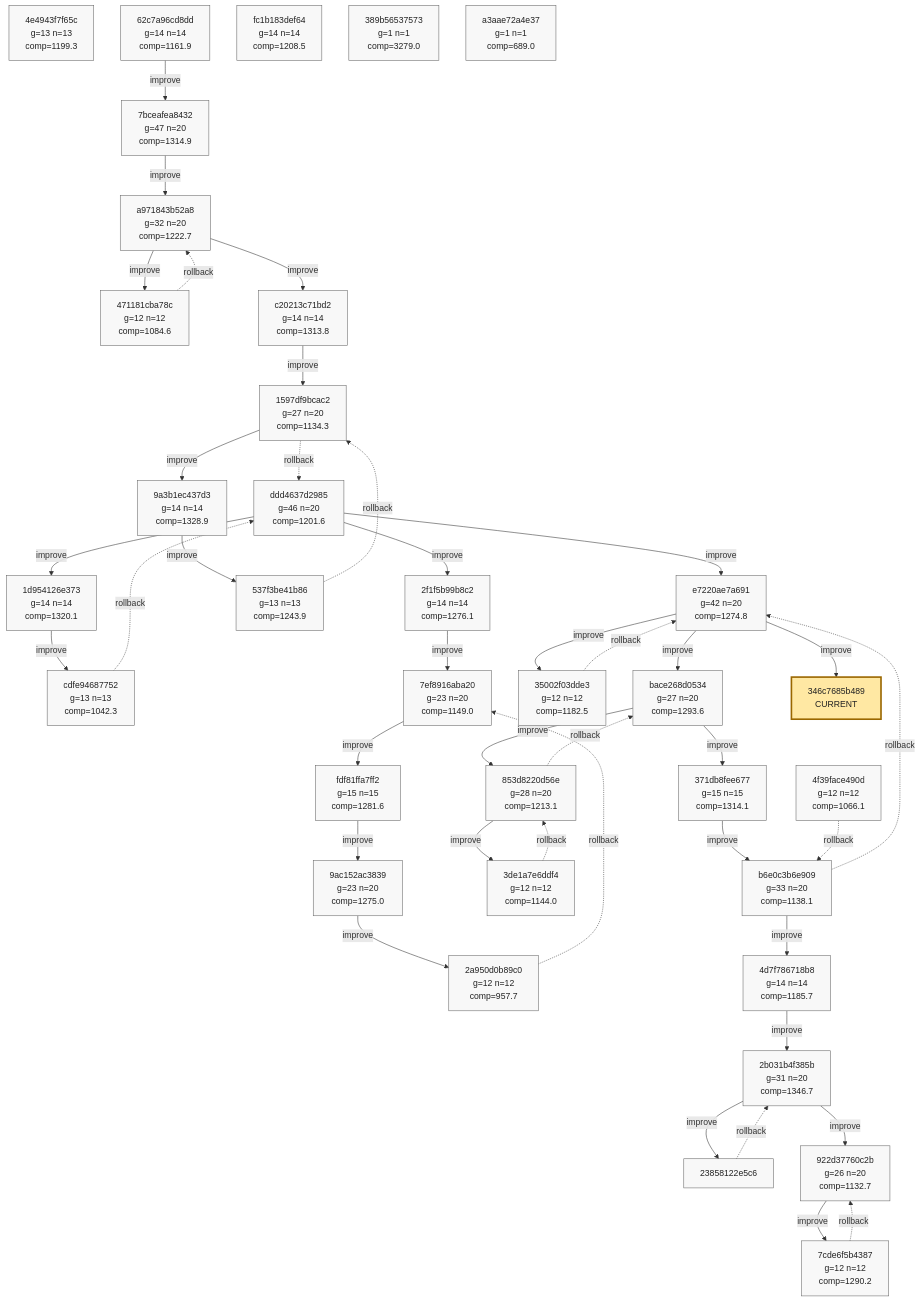
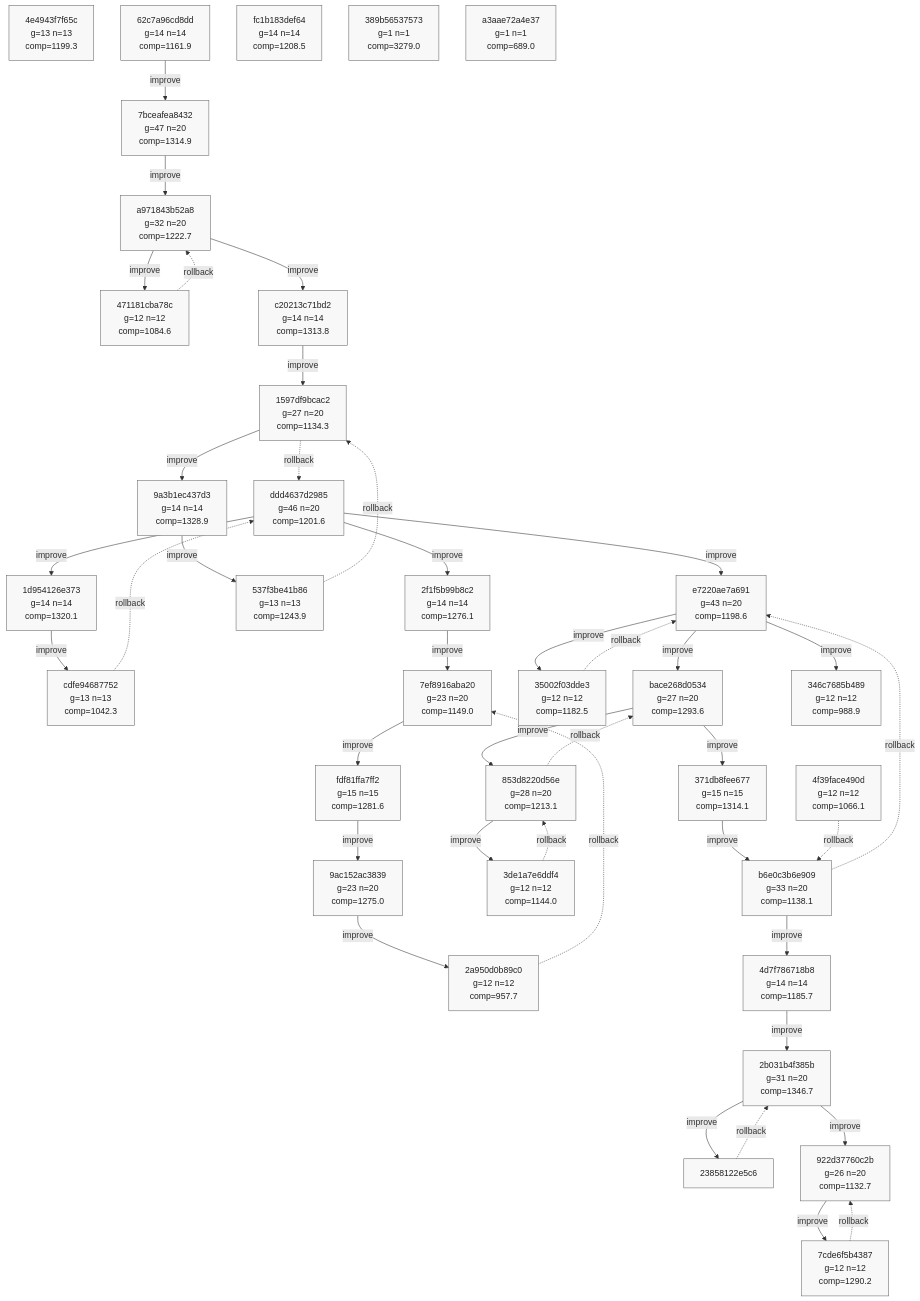
Before and after one commit to azumag/soviet_now: the ninth of 9 diagrams in phyrogenetic-tree.md, drawn with Mermaid. The commit also changed other lines of this file and 2 other files, not shown here.

````diff
--- a/phyrogenetic-tree.md
+++ b/phyrogenetic-tree.md
@@ -2266,7 +2269,7 @@
     h_1597df9bcac2["1597df9bcac2<br/>g=27 n=20<br/>comp=1134.3"]
     h_9a3b1ec437d3["9a3b1ec437d3<br/>g=14 n=14<br/>comp=1328.9"]
     h_537f3be41b86["537f3be41b86<br/>g=13 n=13<br/>comp=1243.9"]
-    h_e7220ae7a691["e7220ae7a691<br/>g=42 n=20<br/>comp=1274.8"]
+    h_e7220ae7a691["e7220ae7a691<br/>g=43 n=20<br/>comp=1198.6"]
     h_35002f03dde3["35002f03dde3<br/>g=12 n=12<br/>comp=1182.5"]
     h_bace268d0534["bace268d0534<br/>g=27 n=20<br/>comp=1293.6"]
     h_853d8220d56e["853d8220d56e<br/>g=28 n=20<br/>comp=1213.1"]
@@ -2280,9 +2283,9 @@
     h_7cde6f5b4387["7cde6f5b4387<br/>g=12 n=12<br/>comp=1290.2"]
     h_fc1b183def64["fc1b183def64<br/>g=14 n=14<br/>comp=1208.5"]
     h_4f39face490d["4f39face490d<br/>g=12 n=12<br/>comp=1066.1"]
+    h_346c7685b489["346c7685b489<br/>g=12 n=12<br/>comp=988.9"]
     h_389b56537573["389b56537573<br/>g=1 n=1<br/>comp=3279.0"]
     h_a3aae72a4e37["a3aae72a4e37<br/>g=1 n=1<br/>comp=689.0"]
-    h_346c7685b489["346c7685b489<br/>CURRENT"]
 
     h_ddd4637d2985 -->|improve| h_1d954126e373
     h_1d954126e373 -->|improve| h_cdfe94687752
@@ -2360,7 +2363,7 @@
     class h_7cde6f5b4387 plain;
     class h_fc1b183def64 plain;
     class h_4f39face490d plain;
+    class h_346c7685b489 plain;
     class h_389b56537573 plain;
     class h_a3aae72a4e37 plain;
-    class h_346c7685b489 current;
 ```
````
